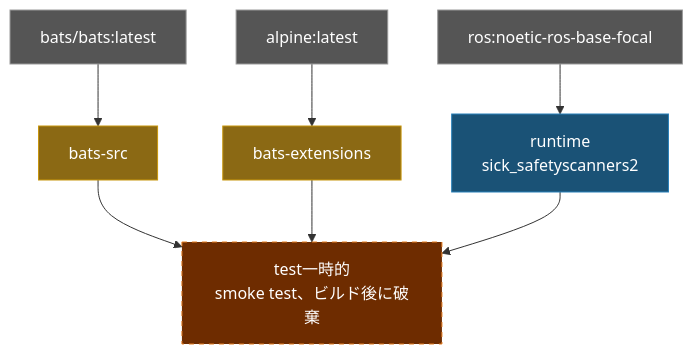
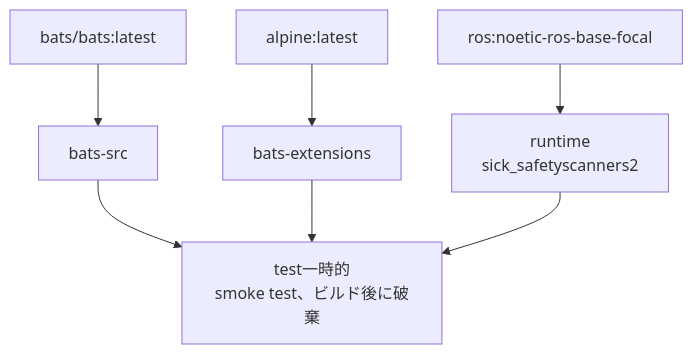
The diagram in doc/README.ja.md (ycpss91255-docker/sick_noetic), drawn with Mermaid before and after one commit. The commit also changed 3 other files, not shown here.

Commit message:
docs: remove mermaid background colors from architecture diagrams (#15)

````diff
--- a/doc/README.ja.md
+++ b/doc/README.ja.md
@@ -84,20 +84,16 @@
 ```mermaid
 graph TD
-    EXT1["bats/bats:latest"]:::external
-    EXT2["alpine:latest"]:::external
-    EXT3["ros:noetic-ros-base-focal"]:::external
+    EXT1["bats/bats:latest"]
+    EXT2["alpine:latest"]
+    EXT3["ros:noetic-ros-base-focal"]
 
-    EXT1 --> bats-src["bats-src"]:::tool
-    EXT2 --> bats-ext["bats-extensions"]:::tool
+    EXT1 --> bats-src["bats-src"]
+    EXT2 --> bats-ext["bats-extensions"]
 
-    EXT3 --> runtime["runtime\nsick_safetyscanners2"]:::stage
+    EXT3 --> runtime["runtime\nsick_safetyscanners2"]
 
-    bats-src --> test["test一時的\nsmoke test、ビルド後に破棄"]:::ephemeral
+    bats-src --> test["test一時的\nsmoke test、ビルド後に破棄"]
     bats-ext --> test
     runtime --> test
 
-    classDef external fill:#555,color:#fff,stroke:#999
-    classDef tool fill:#8B6914,color:#fff,stroke:#c8960c
-    classDef stage fill:#1a5276,color:#fff,stroke:#2980b9
-    classDef ephemeral fill:#6e2c00,color:#fff,stroke:#e67e22,stroke-dasharray:5 5
 ```
````
